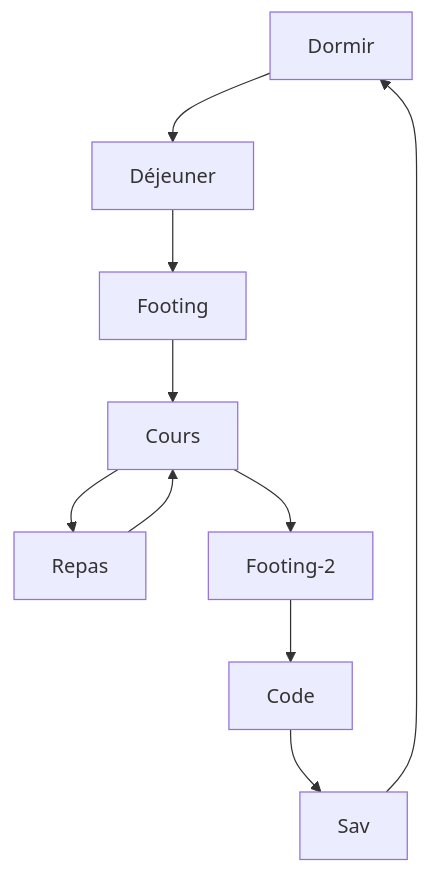
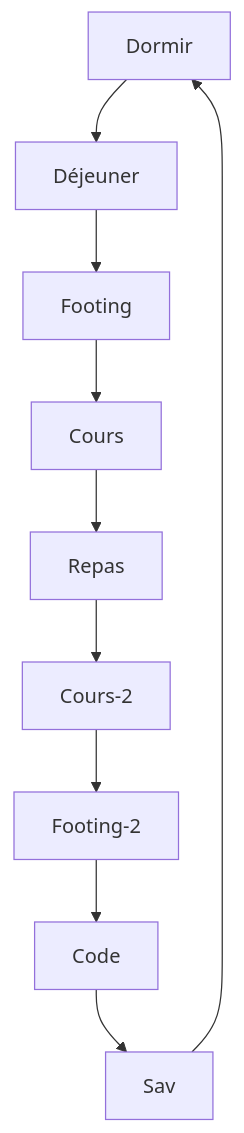
The diagram in README.md (XStorm-official/XStorm), drawn with Mermaid before and after one commit. The commit also changed other lines of this file, not shown here.

````diff
--- a/README.md
+++ b/README.md
@@ -23,12 +23,12 @@
 ```mermaid
   graph TD;
       Dormir-->Déjeuner;
       Déjeuner-->Footing;
       Footing-->Cours;
       Cours-->Repas;
-      Repas-->Cours;
-      Cours-->Footing-2;
+      Repas-->Cours-2;
+      Cours-2-->Footing-2;
       Footing-2-->Code;
       Code-->Sav;
       Sav-->Dormir;
 ```
````
